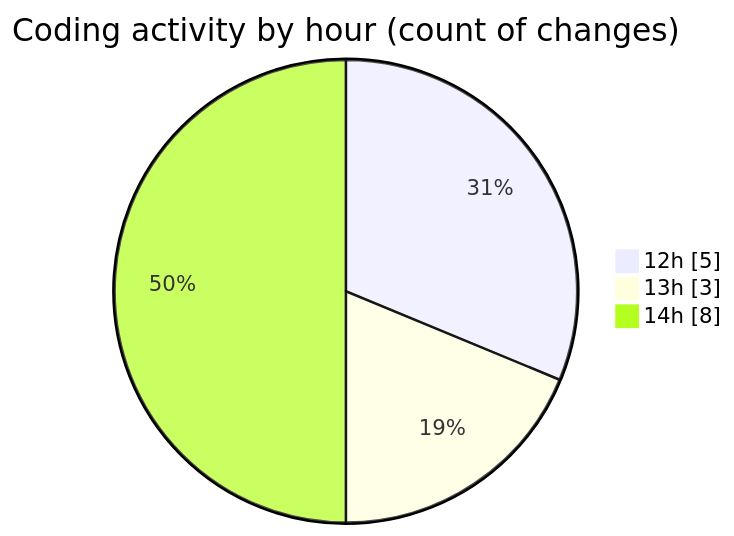
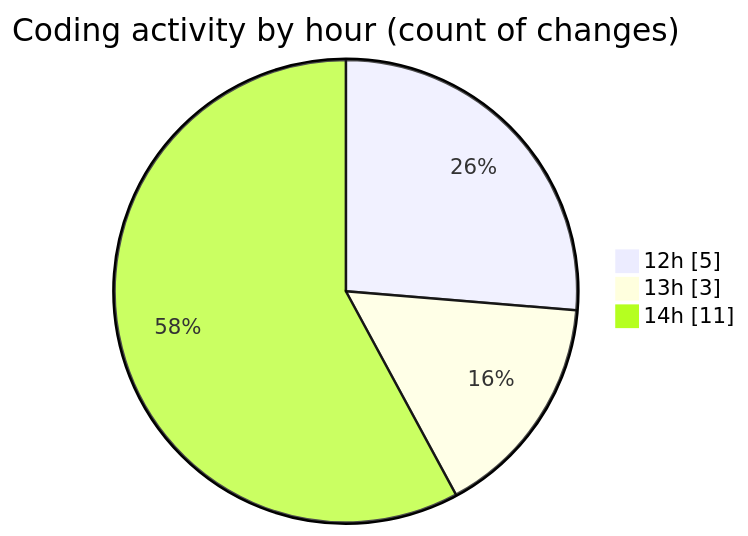
Before and after one commit to momahboobian/code-tracking: the second of 2 diagrams in 2025-01-30/cda/README.md, drawn with Mermaid. The commit also changed other lines of this file and 1 other file, not shown here.

````diff
--- a/2025-01-30/cda/README.md
+++ b/2025-01-30/cda/README.md
@@ -35,7 +36,7 @@
 ```mermaid
 pie showData
 title Coding activity by hour (count of changes)
 "12h" : 5
 "13h" : 3
-"14h" : 8
+"14h" : 11
 ```
````
